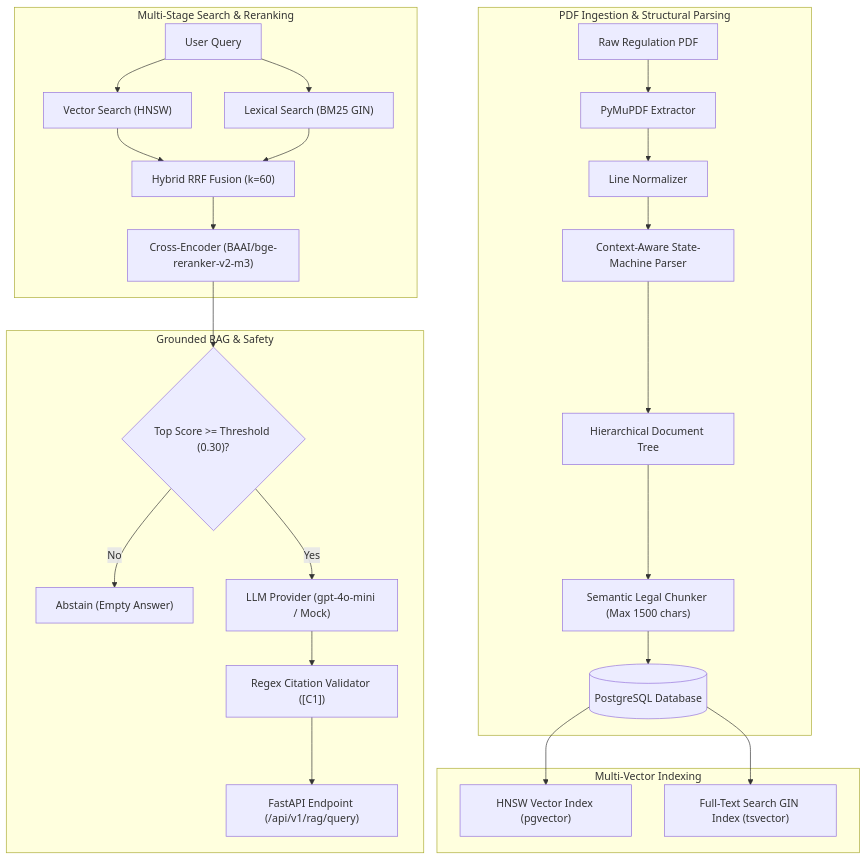
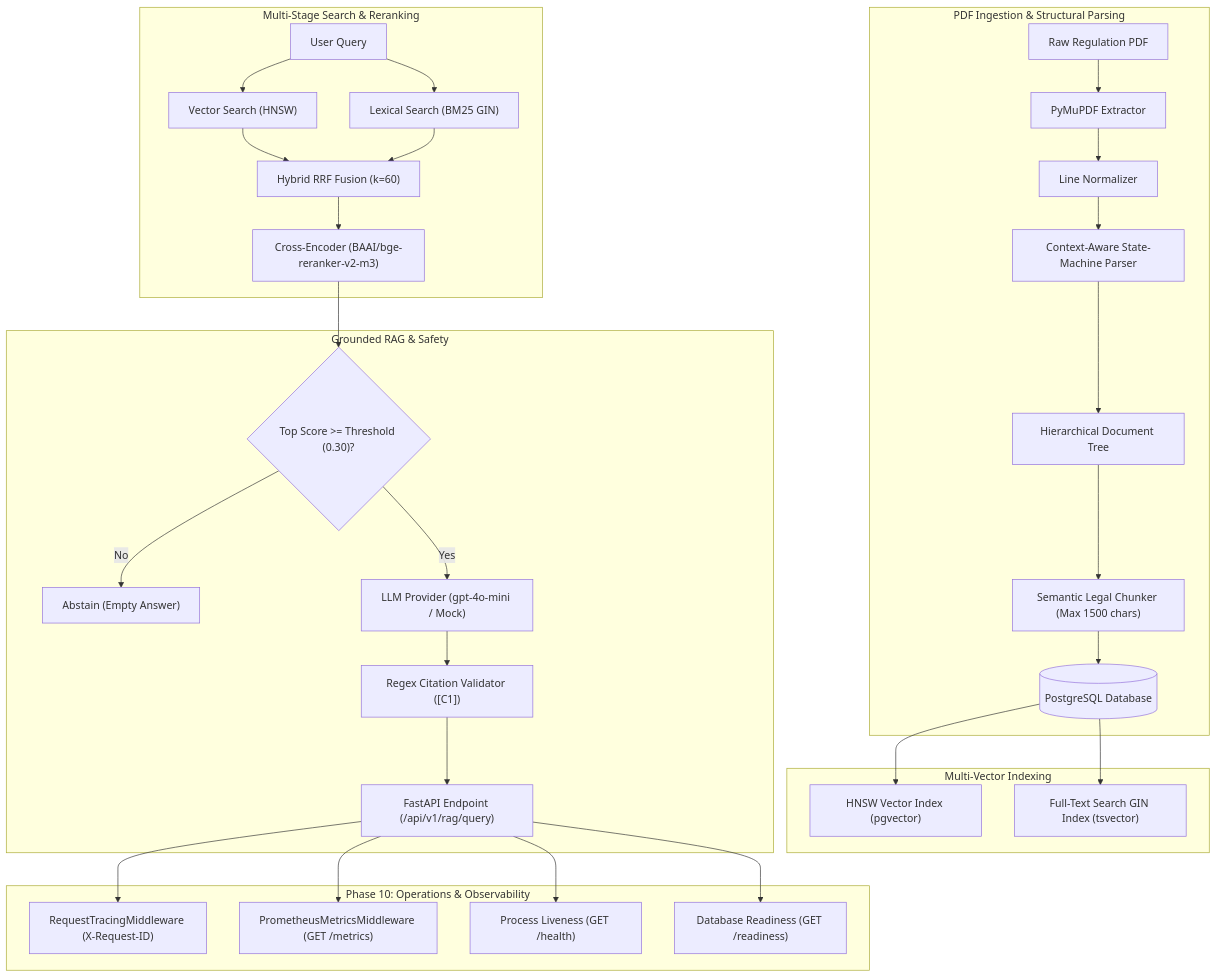
Before and after one commit to ilfijandrisno/finreg-intelligence-rag: the diagram in README.md, drawn with Mermaid. The commit also changed other lines of this file and 12 other files, not shown here.

````diff
--- a/README.md
+++ b/README.md
@@ -34,32 +35,39 @@
 ```mermaid
 flowchart TD
     subgraph Ingestion["PDF Ingestion & Structural Parsing"]
         PDF["Raw Regulation PDF"] --> Extractor["PyMuPDF Extractor"]
         Extractor --> Normalizer["Line Normalizer"]
         Normalizer --> Parser["Context-Aware State-Machine Parser"]
         Parser --> Tree["Hierarchical Document Tree"]
         Tree --> Chunker["Semantic Legal Chunker (Max 1500 chars)"]
         Chunker --> DB[("PostgreSQL Database")]
     end
 
     subgraph Indexing["Multi-Vector Indexing"]
         DB --> HNSW["HNSW Vector Index (pgvector)"]
         DB --> GIN["Full-Text Search GIN Index (tsvector)"]
     end
 
     subgraph Retrieval["Multi-Stage Search & Reranking"]
         UserQuery["User Query"] --> VectorSearch["Vector Search (HNSW)"]
         UserQuery --> LexicalSearch["Lexical Search (BM25 GIN)"]
         VectorSearch --> RRF["Hybrid RRF Fusion (k=60)"]
         LexicalSearch --> RRF
         RRF --> Reranker["Cross-Encoder (BAAI/bge-reranker-v2-m3)"]
     end
 
     subgraph Generation["Grounded RAG & Safety"]
         Reranker --> Gate{"Top Score >= Threshold (0.30)?"}
         Gate -- No --> Abstain["Abstain (Empty Answer)"]
         Gate -- Yes --> LLM["LLM Provider (gpt-4o-mini / Mock)"]
         LLM --> CitVal["Regex Citation Validator ([C1])"]
         CitVal --> API["FastAPI Endpoint (/api/v1/rag/query)"]
     end
+
+    subgraph Operations["Phase 10: Operations & Observability"]
+        API --> Tracing["RequestTracingMiddleware (X-Request-ID)"]
+        API --> Metrics["PrometheusMetricsMiddleware (GET /metrics)"]
+        API --> Health["Process Liveness (GET /health)"]
+        API --> Ready["Database Readiness (GET /readiness)"]
+    end
 ```
````
